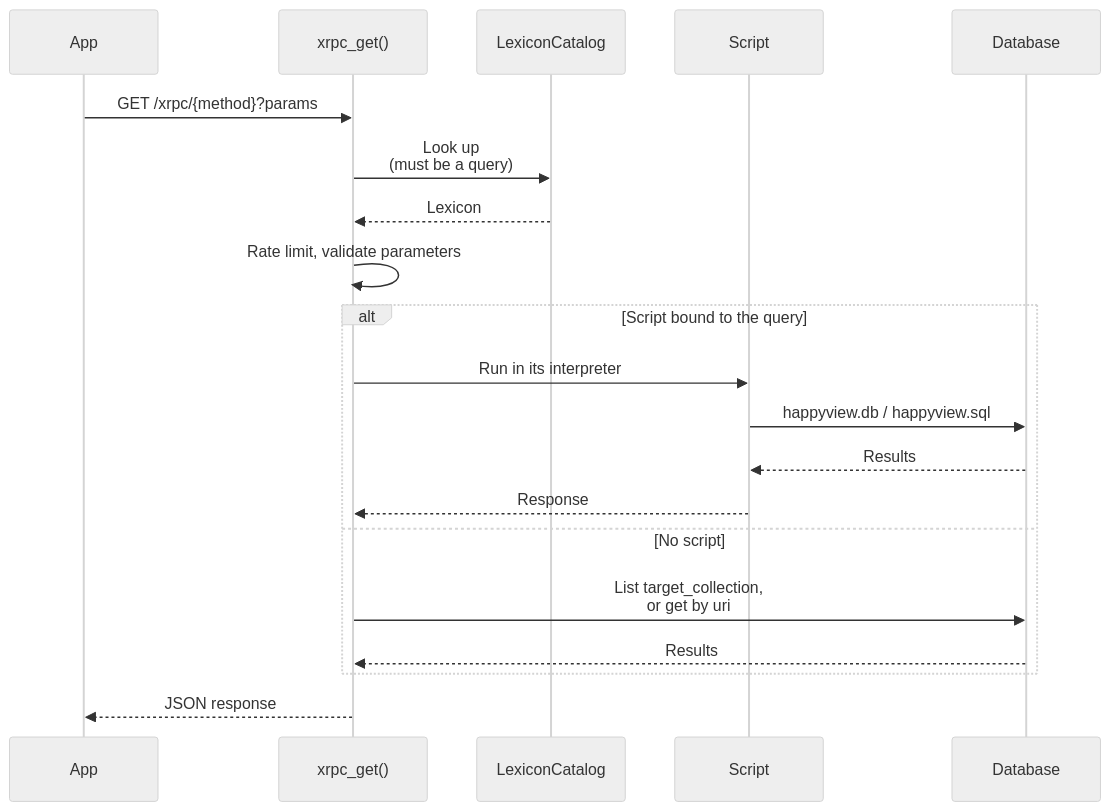
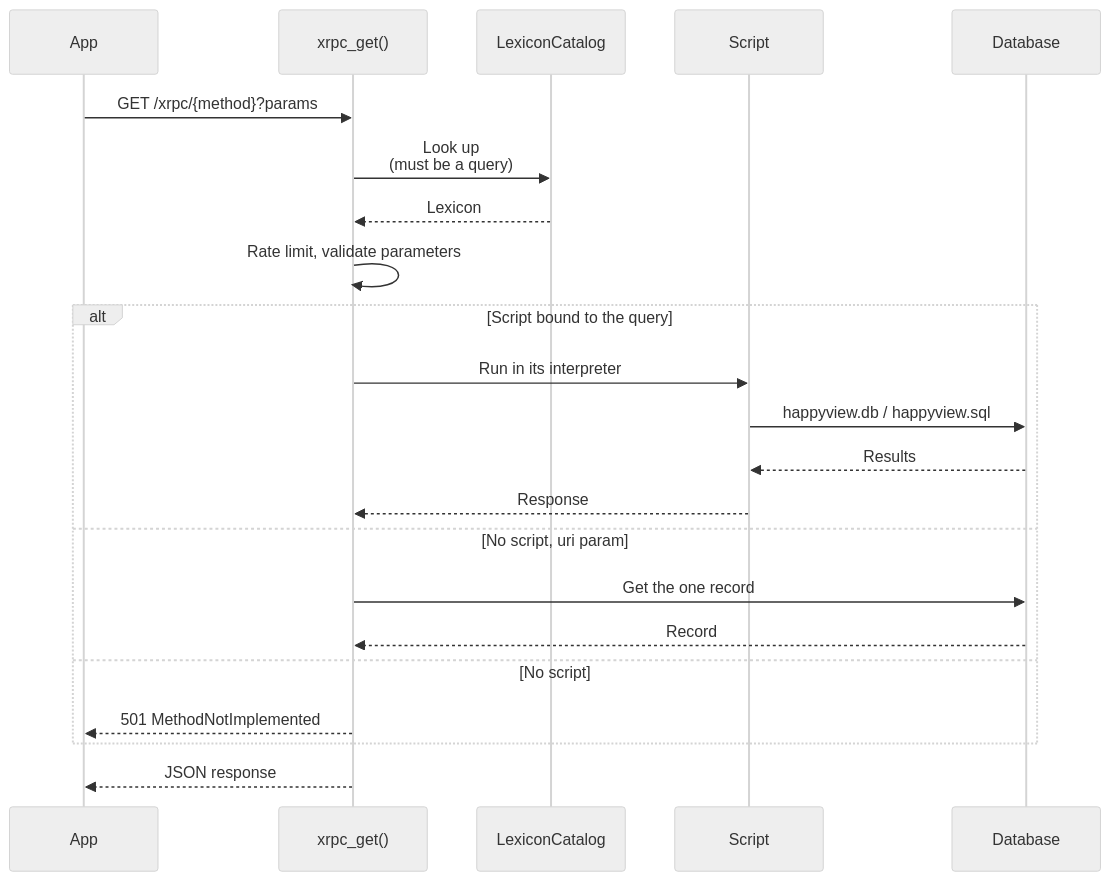
Before and after one commit to happyproto/happyview-docs: the second of 7 diagrams in src/content/docs/docs/architecture/index.md, drawn with Mermaid (neutral theme). The commit also changed other lines of this file and 21 other files, not shown here.

First line of the commit message:
docs: drop target_collection and action, so a query or procedure is its script

````diff
--- a/src/content/docs/docs/architecture/index.md
+++ b/src/content/docs/docs/architecture/index.md
@@ -50,24 +50,26 @@
 ```mermaid
 sequenceDiagram
     accTitle: Reads (queries)
     participant C as App
     participant X as xrpc_get()
     participant R as LexiconCatalog
     participant L as Script
     participant D as Database
 
     C->>X: GET /xrpc/{method}?params
     X->>R: Look up<br/>(must be a query)
     R-->>X: Lexicon
     X->>X: Rate limit, validate parameters
     alt Script bound to the query
         X->>L: Run in its interpreter
         L->>D: happyview.db / happyview.sql
         D-->>L: Results
         L-->>X: Response
+    else No script, uri param
+        X->>D: Get the one record
+        D-->>X: Record
     else No script
-        X->>D: List target_collection,<br/>or get by uri
-        D-->>X: Results
+        X-->>C: 501 MethodNotImplemented
     end
     X-->>C: JSON response
 ```
````
